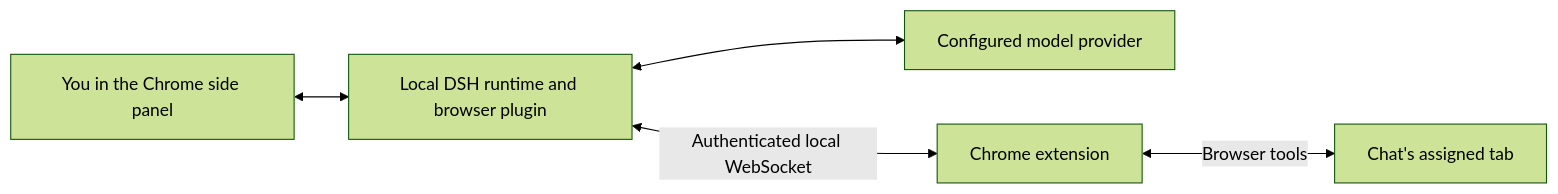
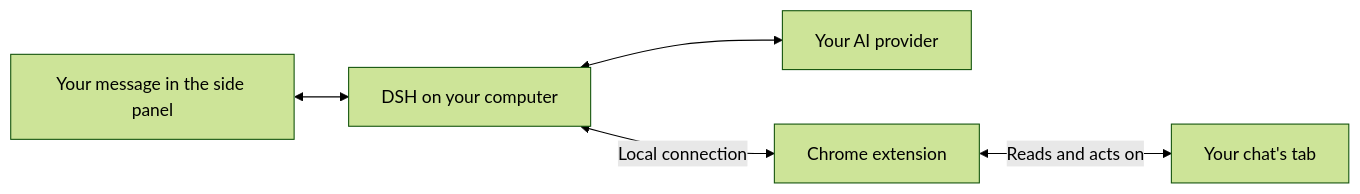
Before and after one commit to jaibhasin/dsh-browser-agent: the diagram in README.md, drawn with Mermaid (forest theme). The commit also changed other lines of this file, not shown here.

````diff
--- a/README.md
+++ b/README.md
@@ -141,7 +147,7 @@
 ```mermaid
 flowchart LR
-    User[You in the Chrome side panel] <--> DSH[Local DSH runtime and browser plugin]
-    DSH <--> Model[Configured model provider]
-    DSH <-->|Authenticated local WebSocket| Extension[Chrome extension]
-    Extension <-->|Browser tools| Tab[Chat's assigned tab]
+    User[Your message in the side panel] <--> DSH[DSH on your computer]
+    DSH <--> Model[Your AI provider]
+    DSH <-->|Local connection| Extension[Chrome extension]
+    Extension <-->|Reads and acts on| Tab[Your chat's tab]
 ```
````
